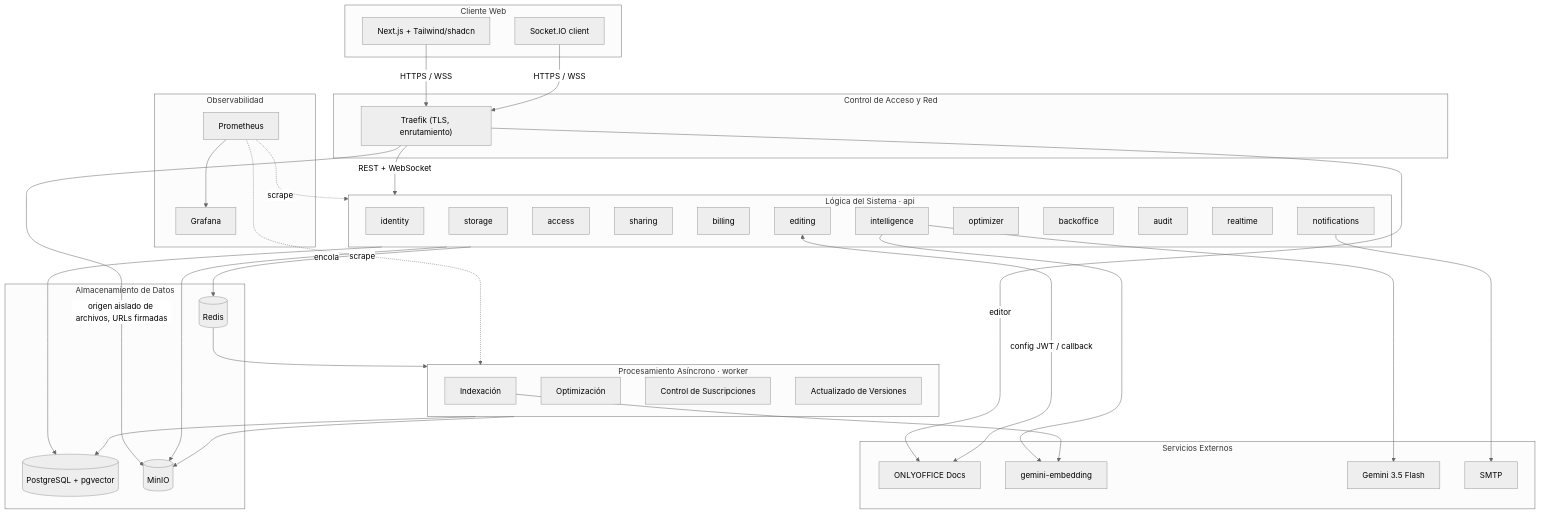
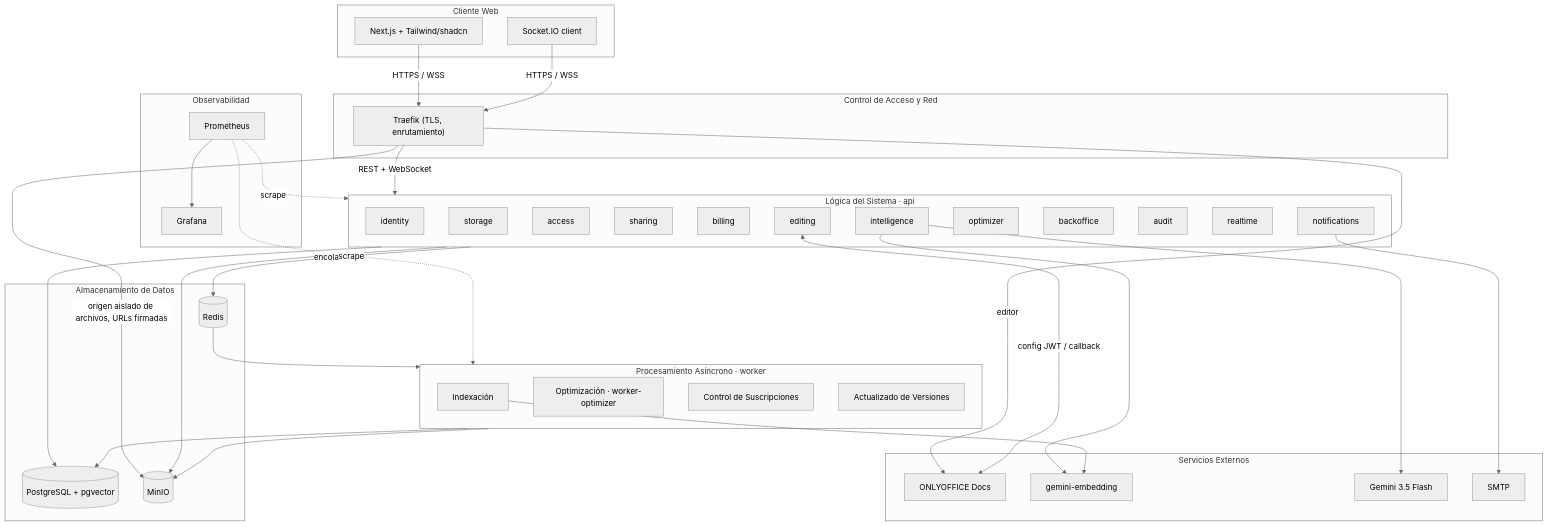
The diagram in docs/sdd/architecture.md (afmatul/Nimbo), drawn with Mermaid (neutral theme) before and after one commit. The commit also changed other lines of this file and 196 other files, not shown here.

First line of the commit message:
feat(optimizer): optimizador de imágenes JPEG y PNG desde la ficha, con worker dedicado [021]

````diff
--- a/docs/sdd/architecture.md
+++ b/docs/sdd/architecture.md
@@ -27,38 +30,38 @@
 ```mermaid
 flowchart TB
   subgraph Cliente["Cliente Web"]
     W["Next.js + Tailwind/shadcn"]
     S["Socket.IO client"]
   end
   subgraph Red["Control de Acceso y Red"]
     T["Traefik (TLS, enrutamiento)"]
   end
   subgraph Logica["Lógica del Sistema · api"]
     M1[identity] & M2[storage] & M3a[access] & M3b[sharing] & M4[billing]
     M5[editing] & M6[intelligence] & M7[optimizer] & M8[backoffice]
     X1[audit] & X2[realtime] & X3[notifications]
   end
   subgraph Async["Procesamiento Asíncrono · worker"]
-    Q1[Indexación] & Q2[Optimización] & Q3[Control de Suscripciones] & Q4[Actualizado de Versiones]
+    Q1[Indexación] & Q2[Optimización · worker-optimizer] & Q3[Control de Suscripciones] & Q4[Actualizado de Versiones]
   end
   subgraph Datos["Almacenamiento de Datos"]
     P[("PostgreSQL + pgvector")] & MI[("MinIO")] & R[("Redis")]
   end
   subgraph Ext["Servicios Externos"]
     OO[ONLYOFFICE Docs] & GE[gemini-embedding] & GF[Gemini 3.5 Flash] & SM[SMTP]
   end
   subgraph Obs["Observabilidad"]
     PR[Prometheus] --> GR[Grafana]
   end
   W & S -->|HTTPS / WSS| T
   T -->|REST + WebSocket| Logica
   T -->|editor| OO
   T -->|origen aislado de archivos, URLs firmadas| MI
   Logica -->|encola| R --> Async
   Logica & Async --> P & MI
   M5 <-->|config JWT / callback| OO
   M6 --> GE & GF
   Q1 --> GE
   X3 --> SM
   PR -. scrape .-> Logica & Async
 ```
````
